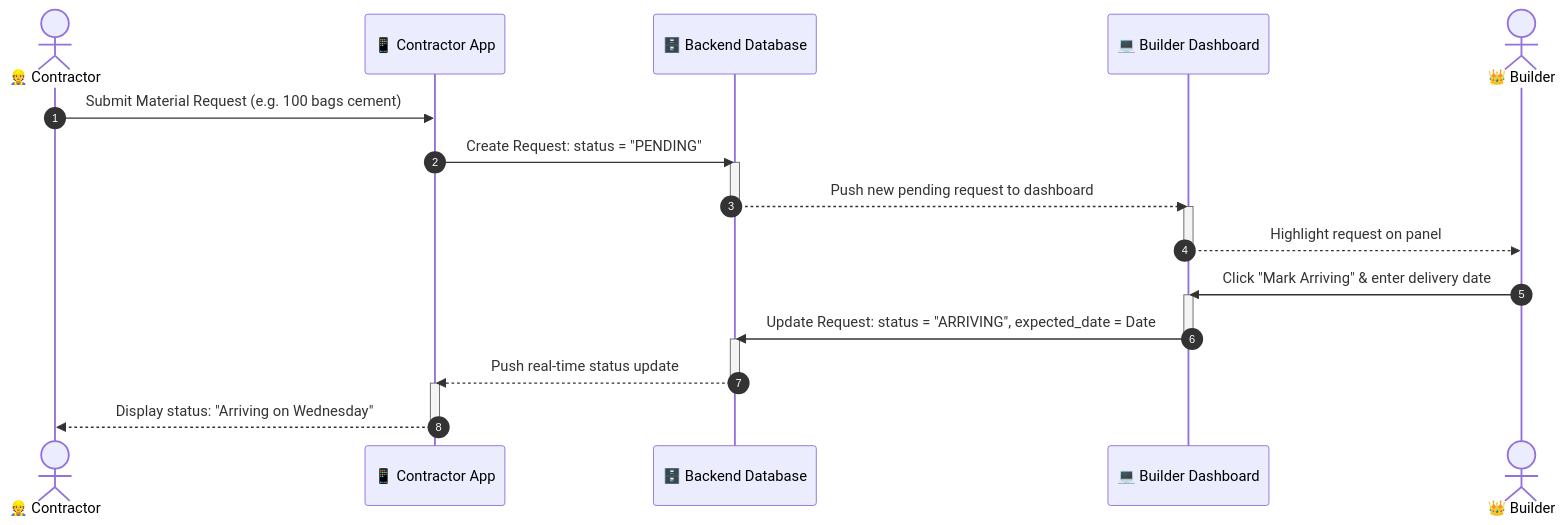
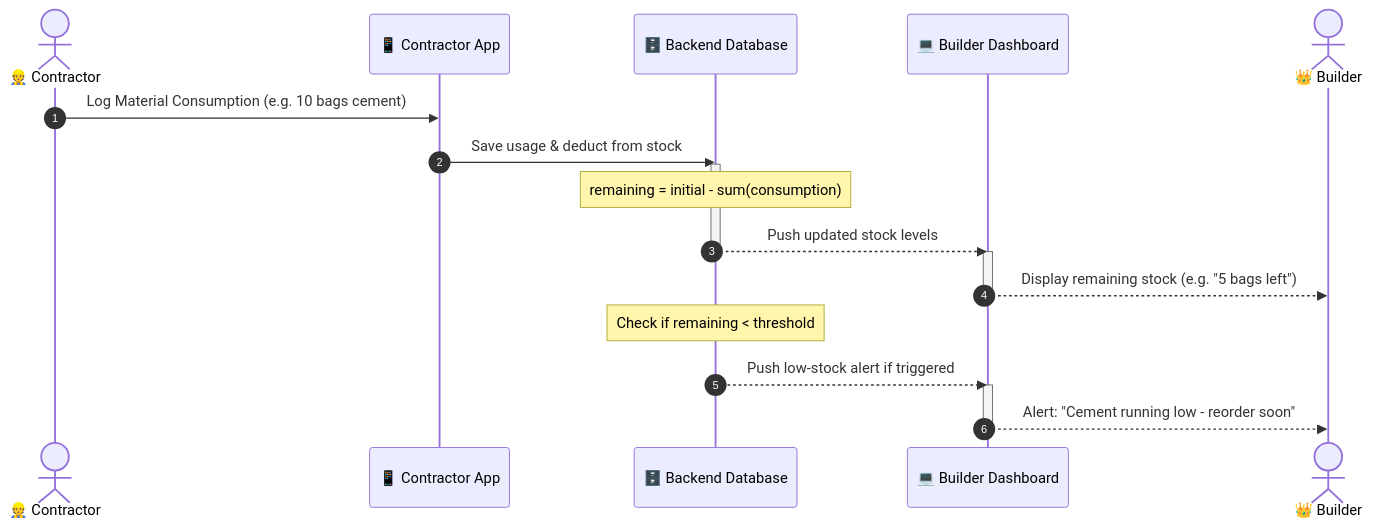
The second of 3 diagrams in system_design/06_sequence_diagram.md (DivyaJaviya01/BuildEx_app), drawn with Mermaid before and after one commit. The commit also changed other lines of this file and 16 other files, not shown here.

Commit message:
docs: synchronize system design and map page redirection flow

````diff
--- a/system_design/06_sequence_diagram.md
+++ b/system_design/06_sequence_diagram.md
@@ -42,29 +42,25 @@
 ```mermaid
 sequenceDiagram
     autonumber
     actor Contractor as 👷 Contractor
     participant C_UI as 📱 Contractor App
     participant DB as 🗄️ Backend Database
     participant B_UI as 💻 Builder Dashboard
     actor Builder as 👑 Builder
 
-    Contractor->>C_UI: Submit Material Request (e.g. 100 bags cement)
-    C_UI->>DB: Create Request: status = "PENDING"
+    Contractor->>C_UI: Log Material Consumption (e.g. 10 bags cement)
+    C_UI->>DB: Save usage & deduct from stock
     activate DB
-    DB-->>B_UI: Push new pending request to dashboard
+    Note over DB: remaining = initial - sum(consumption)
+    DB-->>B_UI: Push updated stock levels
     deactivate DB
     activate B_UI
-    B_UI-->>Builder: Highlight request on panel
+    B_UI-->>Builder: Display remaining stock (e.g. "5 bags left")
     deactivate B_UI
     
-    Builder->>B_UI: Click "Mark Arriving" & enter delivery date
+    Note over DB: Check if remaining < threshold
+    DB-->>B_UI: Push low-stock alert if triggered
     activate B_UI
-    B_UI->>DB: Update Request: status = "ARRIVING", expected_date = Date
+    B_UI-->>Builder: Alert: "Cement running low - reorder soon"
     deactivate B_UI
-    activate DB
-    DB-->>C_UI: Push real-time status update
-    deactivate DB
-    activate C_UI
-    C_UI-->>Contractor: Display status: "Arriving on Wednesday"
-    deactivate C_UI
 ```
````
